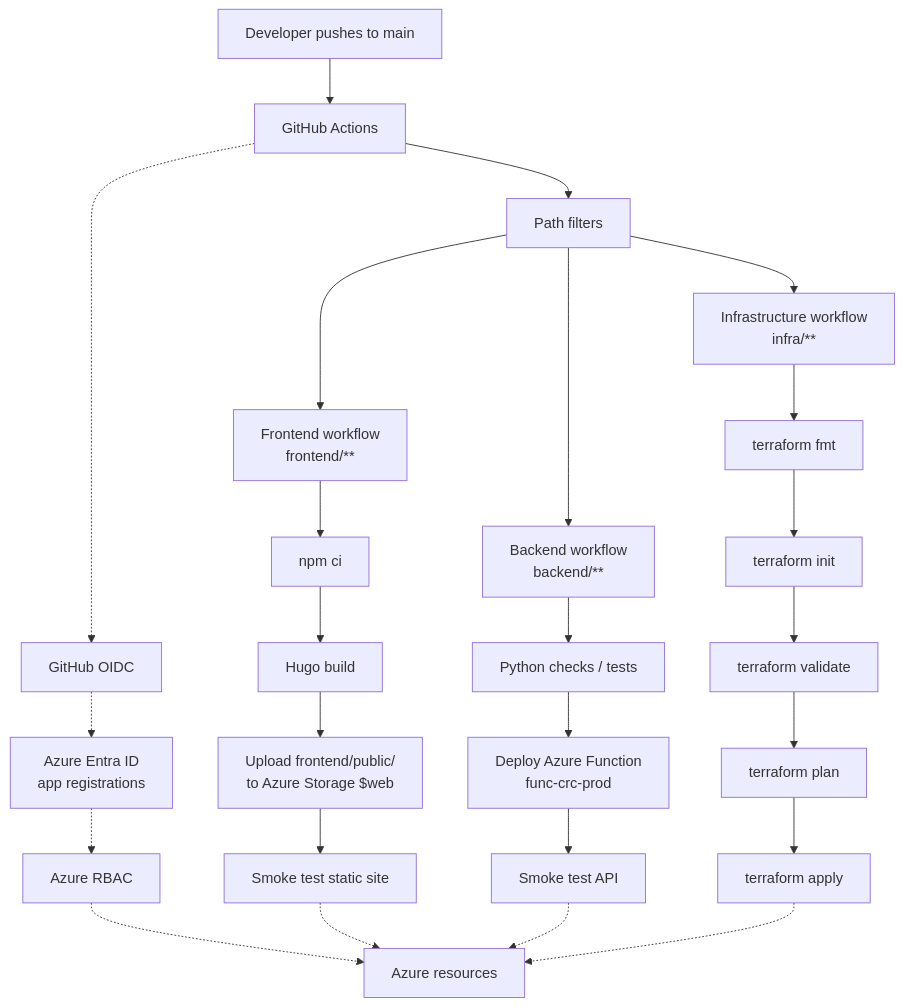
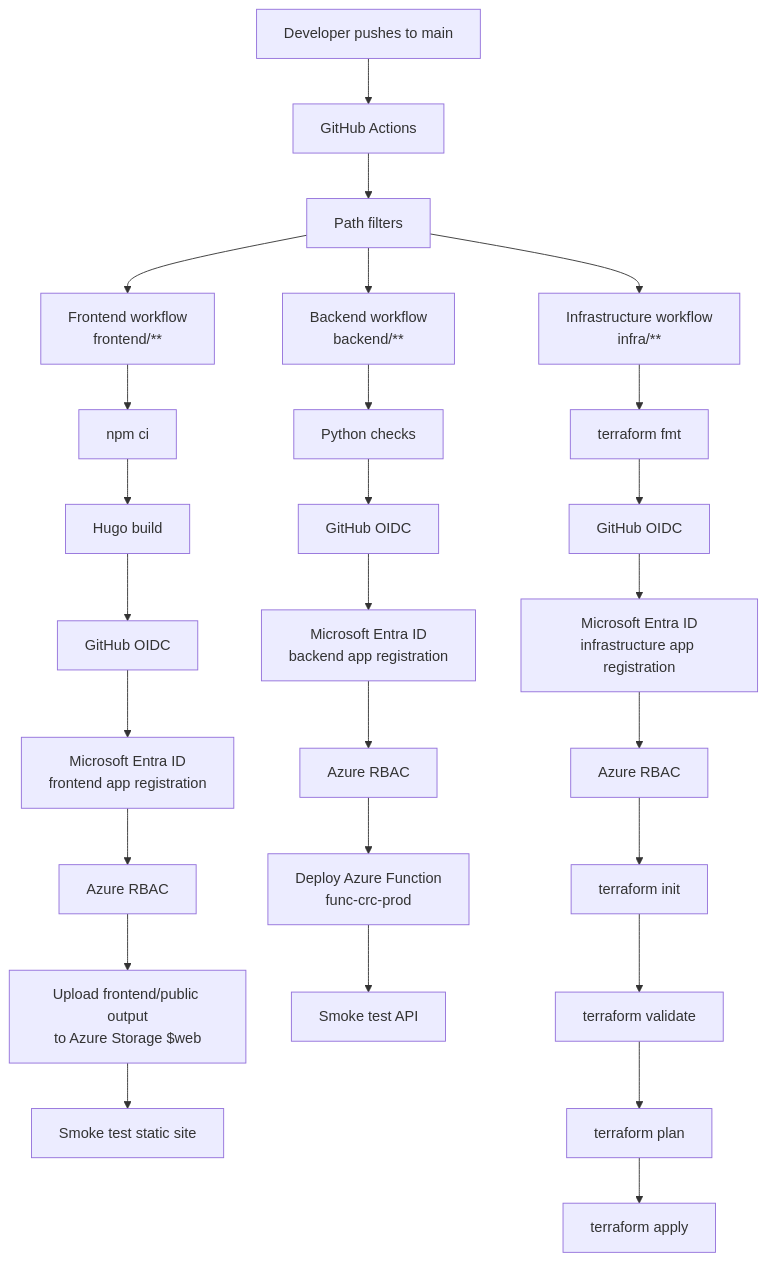
The diagram in docs/ci-cd.md (hiteshmanani/azure-cloud-resume), drawn with Mermaid before and after one commit. The commit also changed other lines of this file and 12 other files, not shown here.

````diff
--- a/docs/ci-cd.md
+++ b/docs/ci-cd.md
@@ -23,32 +27,32 @@
 ```mermaid
 flowchart TD
-  dev["Developer pushes to main"] --> actions["GitHub Actions"]
+  push["Developer pushes to main"] --> actions["GitHub Actions"]
   actions --> filters["Path filters"]
 
   filters --> frontend["Frontend workflow<br/>frontend/**"]
   frontend --> npm["npm ci"]
   npm --> hugo["Hugo build"]
-  hugo --> upload["Upload frontend/public/<br/>to Azure Storage $web"]
+  hugo --> fOidc["GitHub OIDC"]
+  fOidc --> fEntra["Microsoft Entra ID<br/>frontend app registration"]
+  fEntra --> fRbac["Azure RBAC"]
+  fRbac --> upload["Upload frontend/public output<br/>to Azure Storage $web"]
   upload --> frontendSmoke["Smoke test static site"]
 
   filters --> backend["Backend workflow<br/>backend/**"]
-  backend --> pychecks["Python checks / tests"]
-  pychecks --> deployFunction["Deploy Azure Function<br/>func-crc-prod"]
+  backend --> pychecks["Python checks"]
+  pychecks --> bOidc["GitHub OIDC"]
+  bOidc --> bEntra["Microsoft Entra ID<br/>backend app registration"]
+  bEntra --> bRbac["Azure RBAC"]
+  bRbac --> deployFunction["Deploy Azure Function<br/>func-crc-prod"]
   deployFunction --> backendSmoke["Smoke test API"]
 
   filters --> infra["Infrastructure workflow<br/>infra/**"]
   infra --> tfFmt["terraform fmt"]
-  tfFmt --> tfInit["terraform init"]
+  tfFmt --> iOidc["GitHub OIDC"]
+  iOidc --> iEntra["Microsoft Entra ID<br/>infrastructure app registration"]
+  iEntra --> iRbac["Azure RBAC"]
+  iRbac --> tfInit["terraform init"]
   tfInit --> tfValidate["terraform validate"]
   tfValidate --> tfPlan["terraform plan"]
   tfPlan --> tfApply["terraform apply"]
-
-  actions -.-> oidc["GitHub OIDC"]
-  oidc -.-> entra["Azure Entra ID<br/>app registrations"]
-  entra -.-> rbac["Azure RBAC"]
-  rbac -.-> resources["Azure resources"]
-
-  frontendSmoke -.-> resources
-  backendSmoke -.-> resources
-  tfApply -.-> resources
 ```
````
